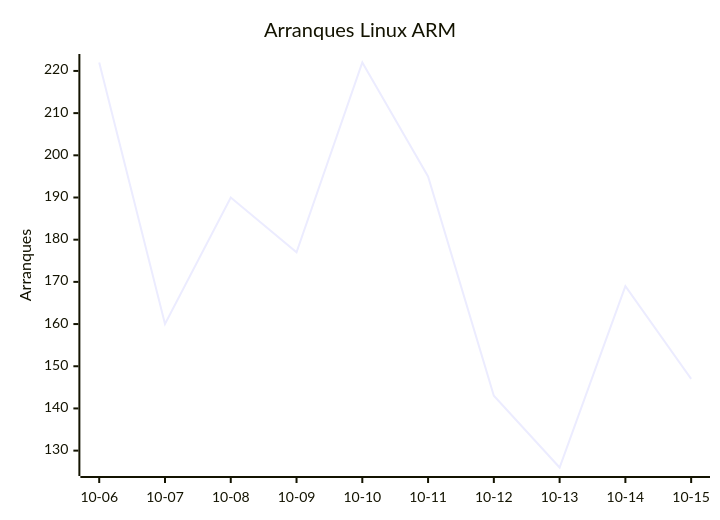
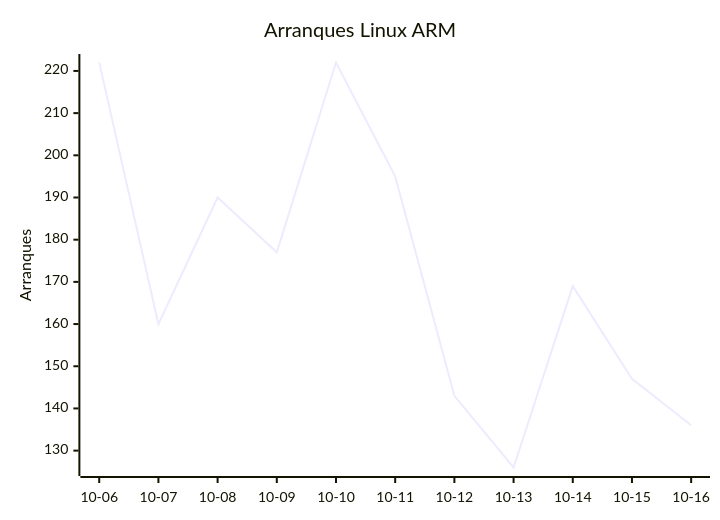
One commit to EmuDeck/stats changed the second of 8 diagrams in README.md. Above: the diagram before and after it, drawn with Mermaid. The commit also changed other lines of this file and 2 other files, not shown here.

````diff
--- a/README.md
+++ b/README.md
@@ -26,7 +26,7 @@
 ```mermaid
 xychart-beta
     title "Arranques Linux ARM"
-    x-axis ["10-06", "10-07", "10-08", "10-09", "10-10", "10-11", "10-12", "10-13", "10-14", "10-15"]
+    x-axis ["10-06", "10-07", "10-08", "10-09", "10-10", "10-11", "10-12", "10-13", "10-14", "10-15", "10-16"]
     y-axis "Arranques"
-    line [222, 160, 190, 177, 222, 195, 143, 126, 169, 147]
+    line [222, 160, 190, 177, 222, 195, 143, 126, 169, 147, 136]
 ```
````
